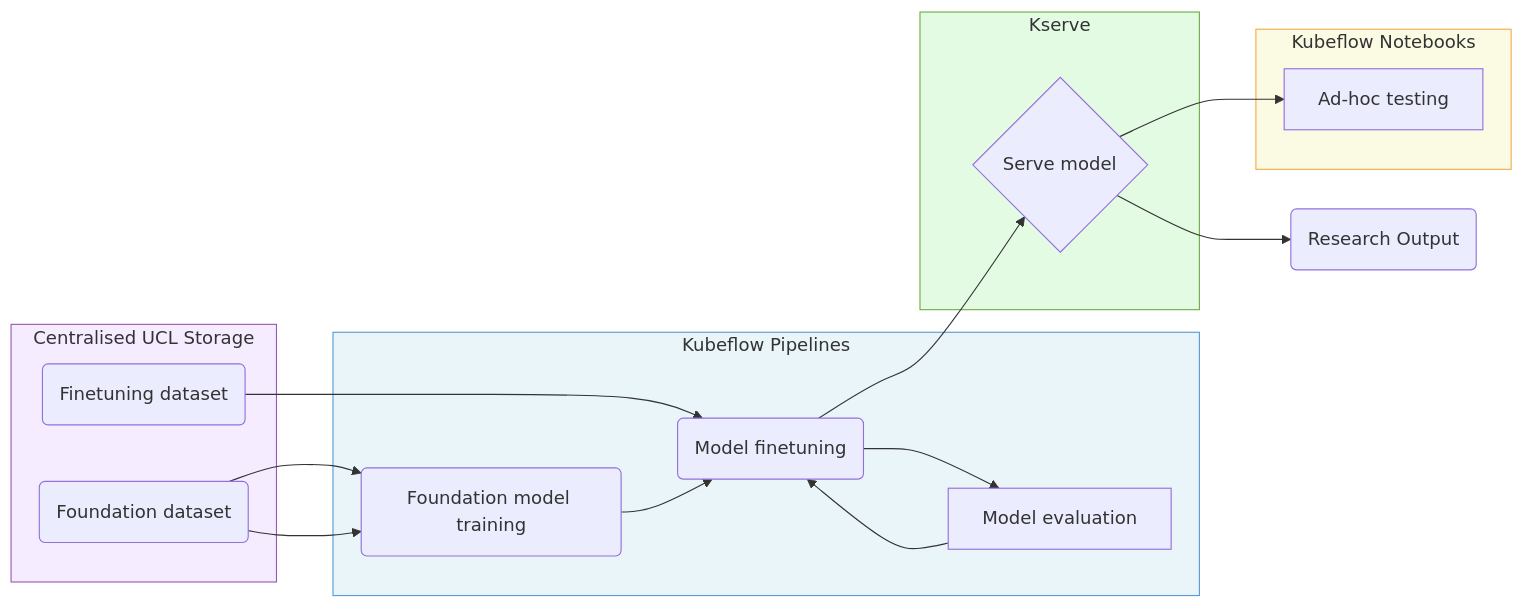
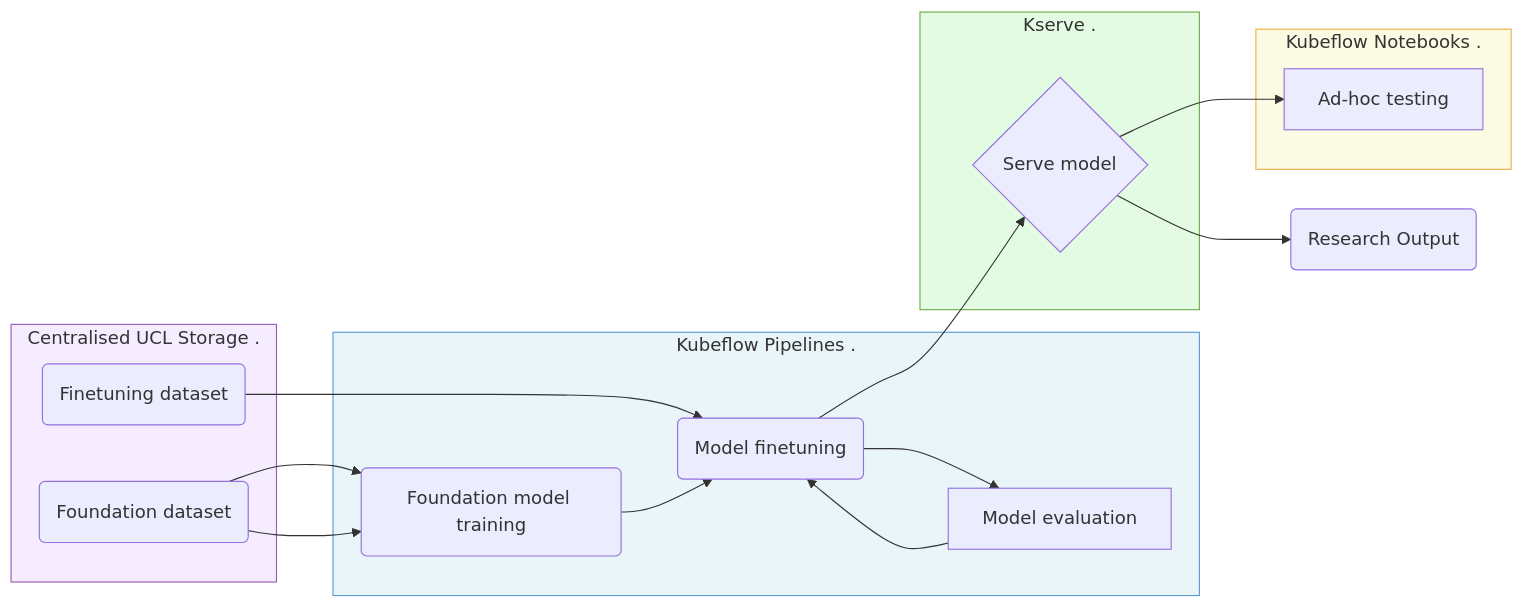
One commit to AndEsterson/talks changed the third of 3 diagrams in hpc-ai/_content.qmd. Above: the diagram before and after it, drawn with Mermaid. The commit also changed other lines of this file and 2 other files, not shown here.

````diff
--- a/hpc-ai/_content.qmd
+++ b/hpc-ai/_content.qmd
@@ -92,35 +92,35 @@
 ```{mermaid}
 flowchart LR
-  subgraph S4 [Centralised UCL Storage]
+  subgraph S4 [Centralised UCL Storage  .]
     A(Foundation dataset)
     H(Finetuning dataset)
   end
 
   A --> B(Foundation model training)
   H --> C(Model finetuning)
 
-  subgraph S1 [Kubeflow Pipelines]
+  subgraph S1 [Kubeflow Pipelines  .]
     B --> C
     C --> G[Model evaluation]
     G --> C
   end
 
-  subgraph S2 [Kserve]
+  subgraph S2 [Kserve  .]
     D{Serve model}
   end
 
 
-  subgraph S3 [Kubeflow Notebooks]
+  subgraph S3 [Kubeflow Notebooks  .]
     F[Ad-hoc testing]
   end
 
   A --> B
   C --> D
   D --> E(Research Output)
   D --> F
 
   style S1 fill:#add8e6,fill-opacity:0.25,stroke:#5b9bd5,stroke-width:1px
   style S2 fill:#90ee90,fill-opacity:0.25,stroke:#70ad47,stroke-width:1px
   style S3 fill:#f0ee90,fill-opacity:0.25,stroke:#f0ad47,stroke-width:1px
   style S4 fill:#d9b3ff,fill-opacity:0.25,stroke:#9b59b6,stroke-width:1px
 ```
````
